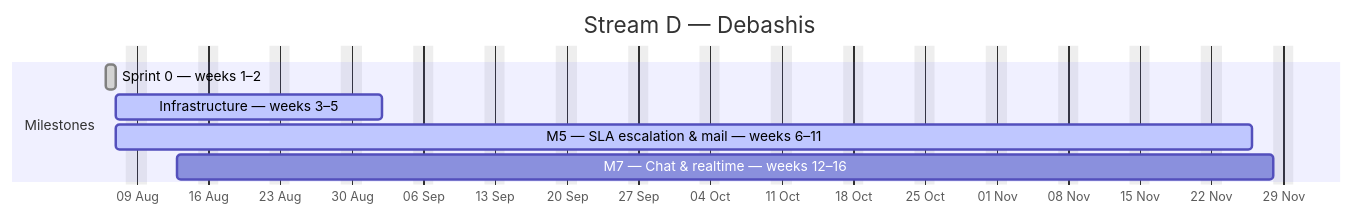
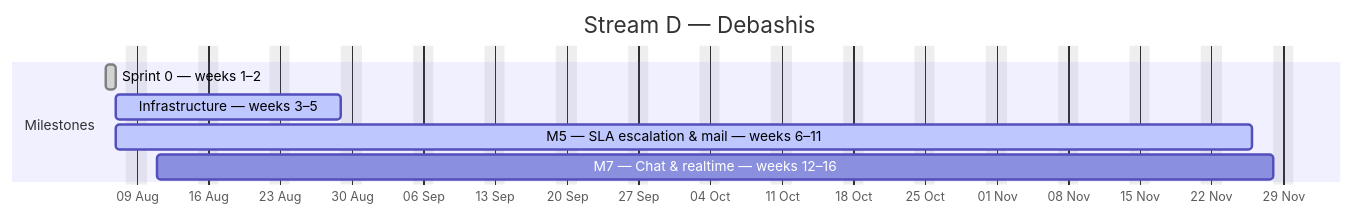
Before and after one commit to debashisedunext/EduTrack: the fourth of 4 diagrams in docs/plan/GANTT.md, drawn with Mermaid. The commit also changed other lines of this file and 3 other files, not shown here.

````diff
--- a/docs/plan/GANTT.md
+++ b/docs/plan/GANTT.md
@@ -162,12 +169,12 @@
 ```mermaid
 gantt
     dateFormat YYYY-MM-DD
     axisFormat %d %b
     title Stream D — Debashis
     excludes weekends
     section Milestones
     Sprint 0 — weeks 1–2 :done, d0, 2026-08-06, 1d
-    Infrastructure — weeks 3–5 :active, d1, 2026-08-07, 18d
+    Infrastructure — weeks 3–5 :active, d1, 2026-08-07, 16d
     M5 — SLA  escalation & mail — weeks 6–11 :active, d2, 2026-08-07, 79d
-    M7 — Chat & realtime — weeks 12–16 :d3, 2026-08-13, 77d
+    M7 — Chat & realtime — weeks 12–16 :d3, 2026-08-11, 79d
 ```
````
